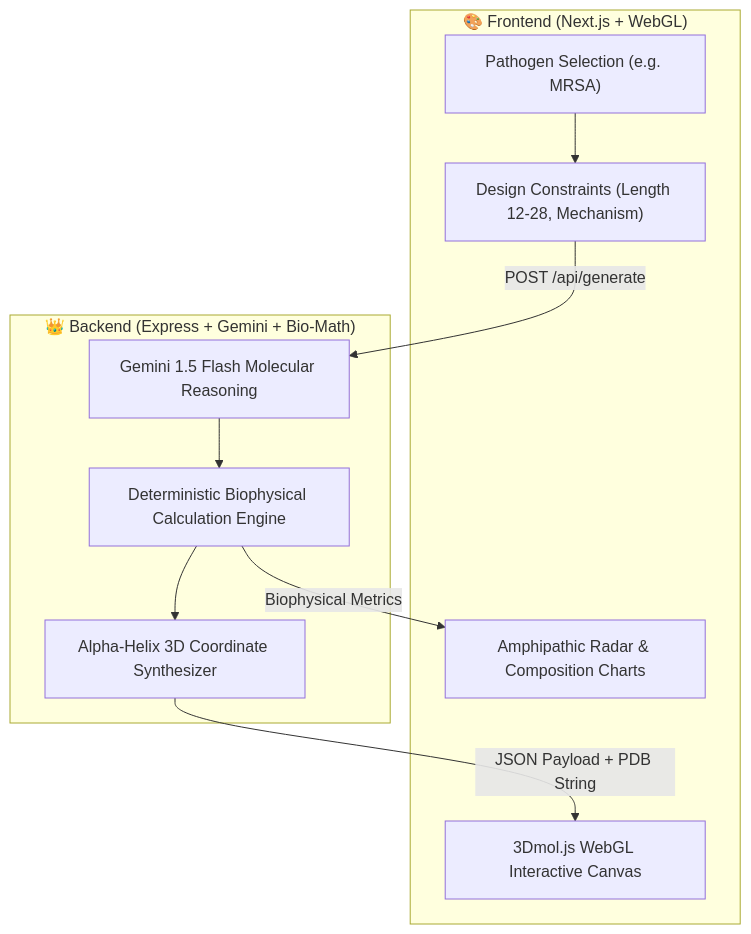
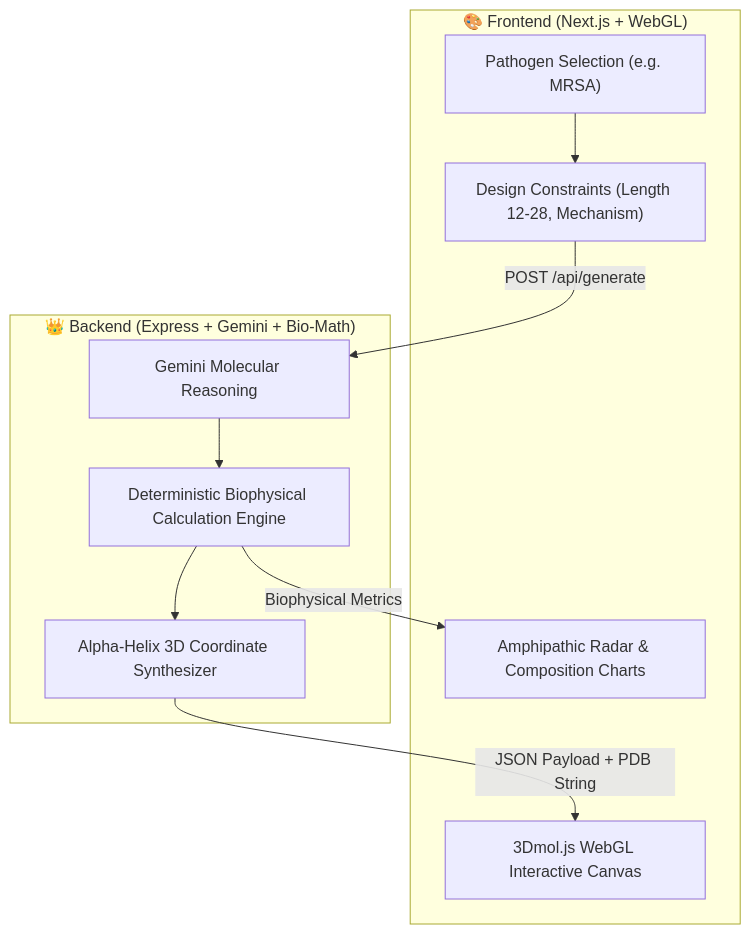
One commit to Pashinoh/Synthia-Bio changed the diagram in README.md. Above: the diagram before and after it, drawn with Mermaid. The commit also changed other lines of this file and 5 other files, not shown here.

Commit message:
fix(backend): switch to gemini-3.5-flash-lite with timeout, fix tsc relative imports, and sync blueprint docs

````diff
--- a/README.md
+++ b/README.md
@@ -73,16 +73,16 @@
 ```mermaid
 flowchart TD
     subgraph FrontendApp ["🎨 Frontend (Next.js + WebGL)"]
         A["Pathogen Selection (e.g. MRSA)"] --> B["Design Constraints (Length 12-28, Mechanism)"]
         F["3Dmol.js WebGL Interactive Canvas"]
         G["Amphipathic Radar & Composition Charts"]
     end
 
     subgraph BackendAPI ["👑 Backend (Express + Gemini + Bio-Math)"]
-        B -->|POST /api/generate| C["Gemini 1.5 Flash Molecular Reasoning"]
+        B -->|POST /api/generate| C["Gemini Molecular Reasoning"]
         C --> D["Deterministic Biophysical Calculation Engine"]
         D --> E["Alpha-Helix 3D Coordinate Synthesizer"]
         E -->|JSON Payload + PDB String| F
         D -->|Biophysical Metrics| G
     end
 ```
````
